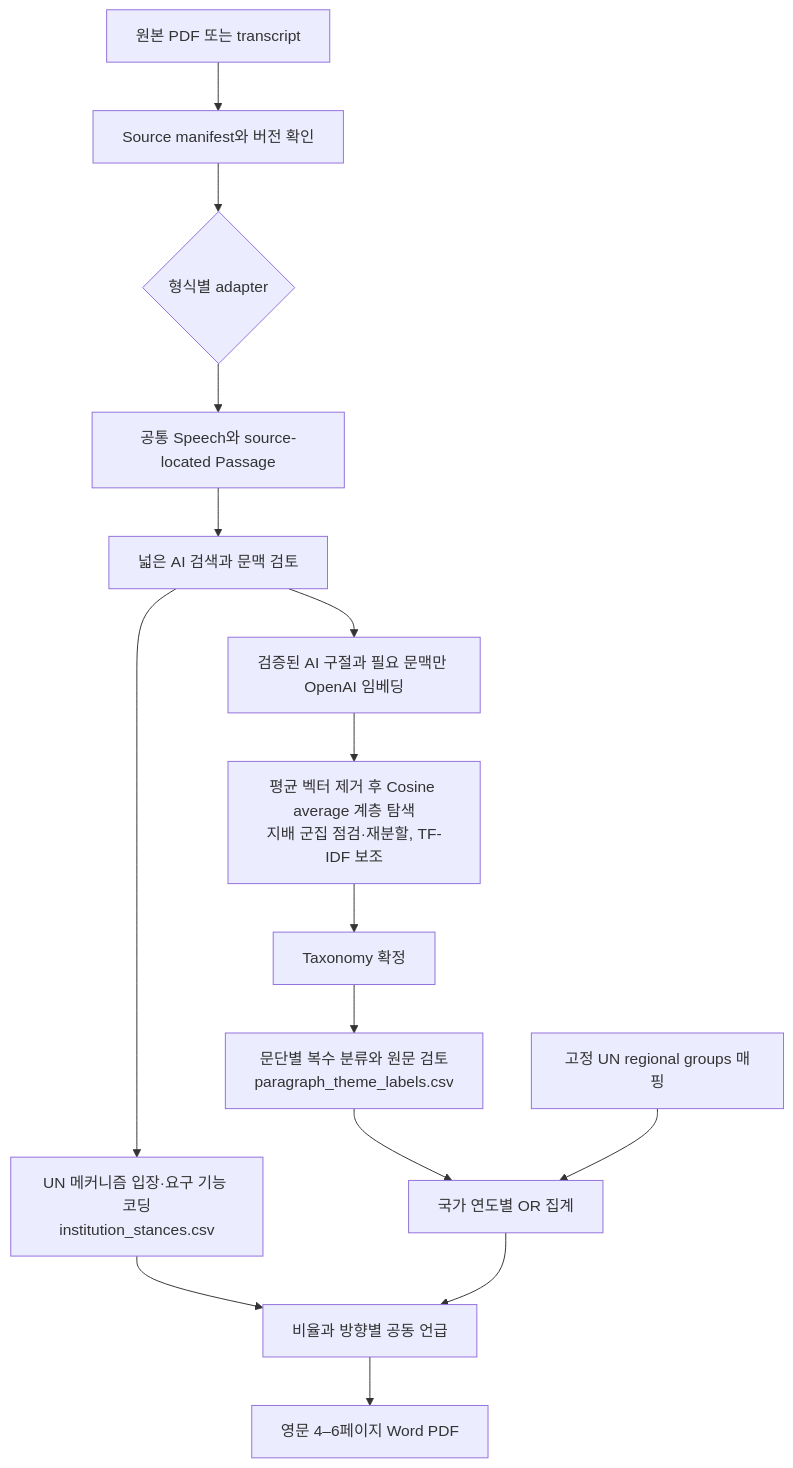
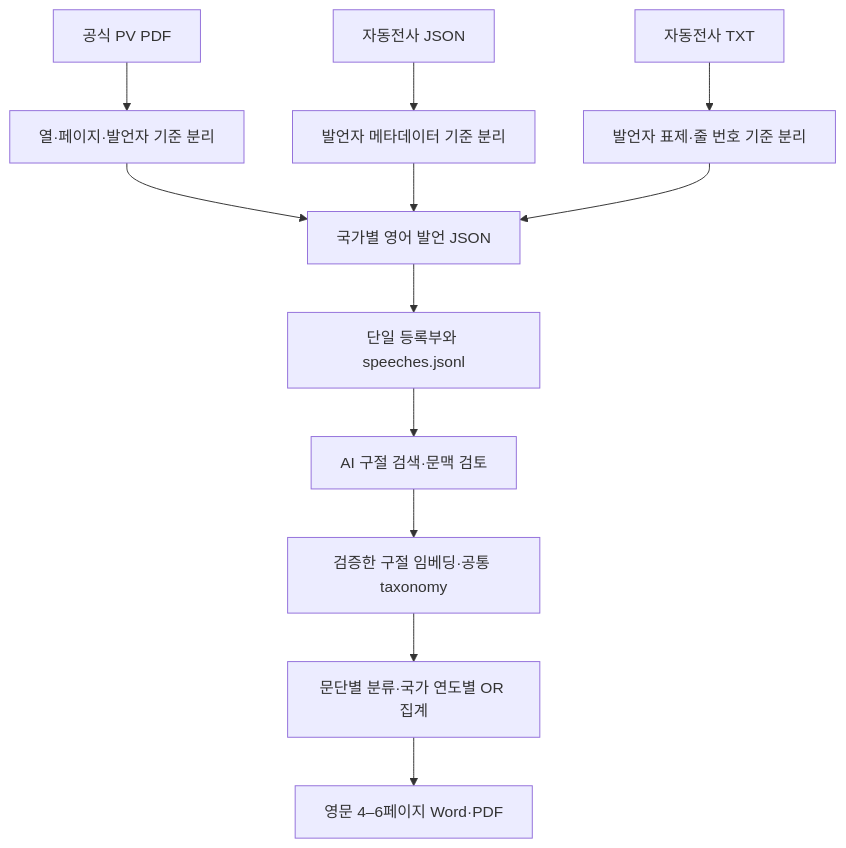
The diagram in ARCHITECTURE.md (UN-EOSG-Analytics/ga_analysis), drawn with Mermaid before and after one commit. The commit also changed other lines of this file and 8749 other files, not shown here.

````diff
--- a/ARCHITECTURE.md
+++ b/ARCHITECTURE.md
@@ -7,17 +13,14 @@
 ```mermaid
 flowchart TD
-  A[원본 PDF 또는 transcript] --> B[Source manifest와 버전 확인]
-  B --> C{형식별 adapter}
-  C --> D[공통 Speech와 source-located Passage]
-  D --> E[넓은 AI 검색과 문맥 검토]
-  E --> F[검증된 AI 구절과 필요 문맥만 OpenAI 임베딩]
-  F --> G[평균 벡터 제거 후 Cosine average 계층 탐색<br/>지배 군집 점검·재분할, TF-IDF 보조]
-  G --> H[Taxonomy 확정]
-  H --> I[문단별 복수 분류와 원문 검토<br/>paragraph_theme_labels.csv]
-  E --> N[UN 메커니즘 입장·요구 기능 코딩<br/>institution_stances.csv]
-  N --> K
-  I --> J[국가 연도별 OR 집계]
-  M[고정 UN regional groups 매핑] --> J
-  J --> K[비율과 방향별 공동 언급]
-  K --> L[영문 4–6페이지 Word PDF]
+  A[공식 PV PDF] --> B[열·페이지·발언자 기준 분리]
+  C[자동전사 JSON] --> D[발언자 메타데이터 기준 분리]
+  E[자동전사 TXT] --> F[발언자 표제·줄 번호 기준 분리]
+  B --> G[국가별 영어 발언 JSON]
+  D --> G
+  F --> G
+  G --> H[단일 등록부와 speeches.jsonl]
+  H --> I[AI 구절 검색·문맥 검토]
+  I --> J[검증한 구절 임베딩·공통 taxonomy]
+  J --> K[문단별 분류·국가 연도별 OR 집계]
+  K --> L[영문 4–6페이지 Word·PDF]
 ```
````
